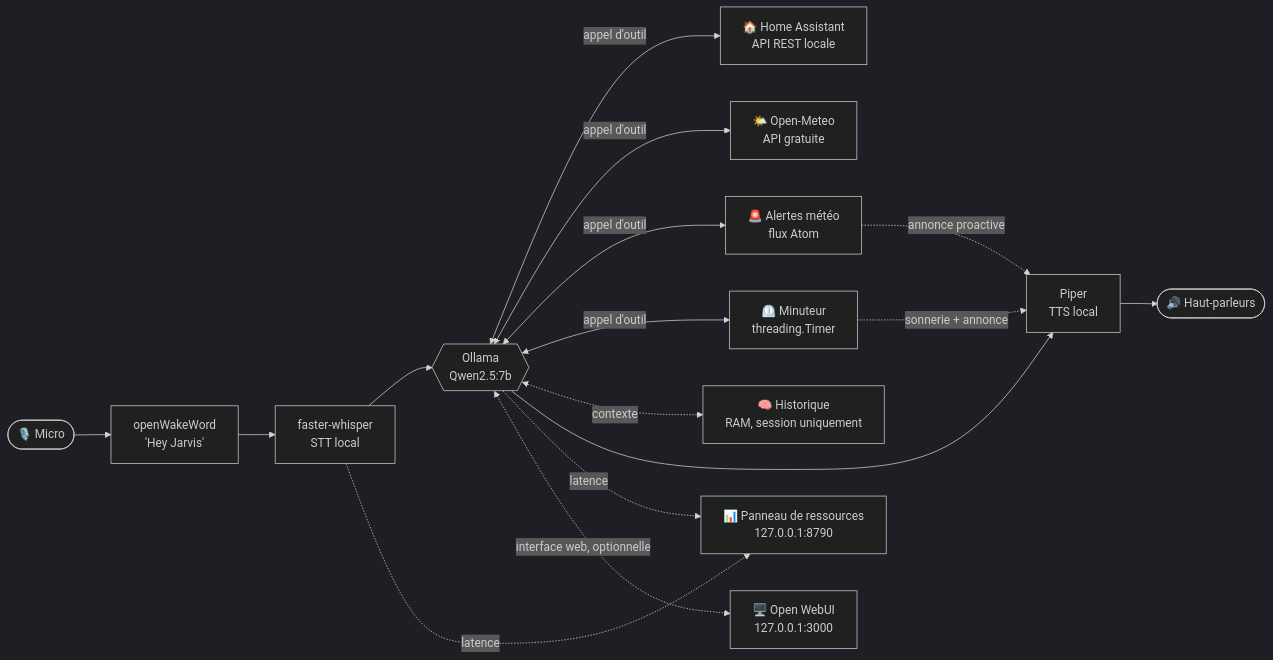
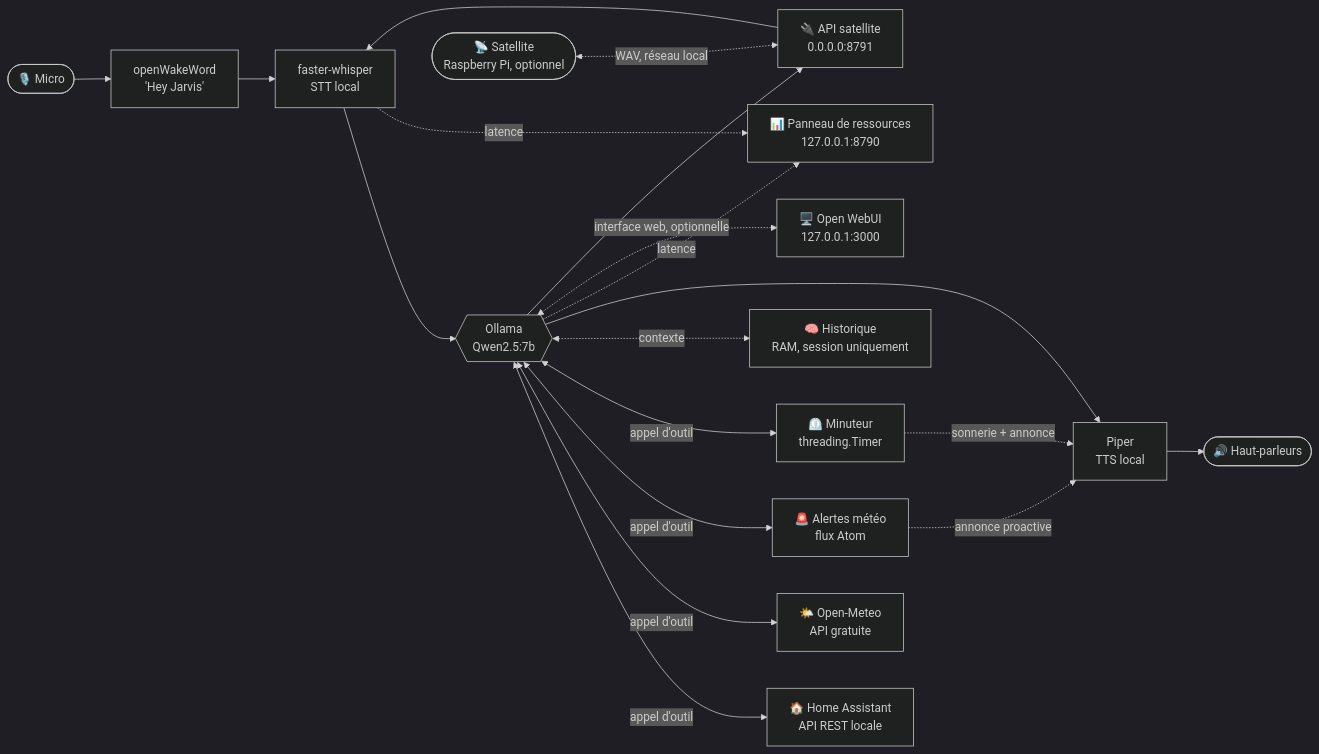
One commit to pazpop/assistant-vocal-local changed the diagram in ARCHITECTURE.md. Above: the diagram before and after it, drawn with Mermaid (dark theme). The commit also changed other lines of this file and 21 other files, not shown here.

Commit message:
Architecture satellite Raspberry Pi : API serveur, client, et documentation d'installation

````diff
--- a/ARCHITECTURE.md
+++ b/ARCHITECTURE.md
@@ -10,18 +10,21 @@
 ```mermaid
 flowchart LR
     Mic([🎙️ Micro]) --> WW["openWakeWord<br/>'Hey Jarvis'"]
     WW --> STT[faster-whisper<br/>STT local]
     STT --> LLM{{Ollama<br/>Qwen2.5:7b}}
     LLM <-->|appel d'outil| HA[🏠 Home Assistant<br/>API REST locale]
     LLM <-->|appel d'outil| METEO[🌤️ Open-Meteo<br/>API gratuite]
     LLM <-->|appel d'outil| ALERTES["🚨 Alertes météo<br/>flux Atom"]
     LLM <-->|appel d'outil| MINUTEUR["⏲️ Minuteur<br/>threading.Timer"]
     LLM <-.->|contexte| HIST["🧠 Historique<br/>RAM, session uniquement"]
     LLM --> TTS[Piper<br/>TTS local]
     ALERTES -.->|annonce proactive| TTS
     MINUTEUR -.->|sonnerie + annonce| TTS
     TTS --> SPK([🔊 Haut-parleurs])
     STT -.->|latence| DASH["📊 Panneau de ressources<br/>127.0.0.1:8790"]
     LLM -.->|latence| DASH
     LLM <-.->|interface web, optionnelle| WEBUI["🖥️ Open WebUI<br/>127.0.0.1:3000"]
+    SAT(["📡 Satellite<br/>Raspberry Pi, optionnel"]) <-.->|WAV, réseau local| API["🔌 API satellite<br/>0.0.0.0:8791"]
+    API --> STT
+    LLM --> API
 ```
````
